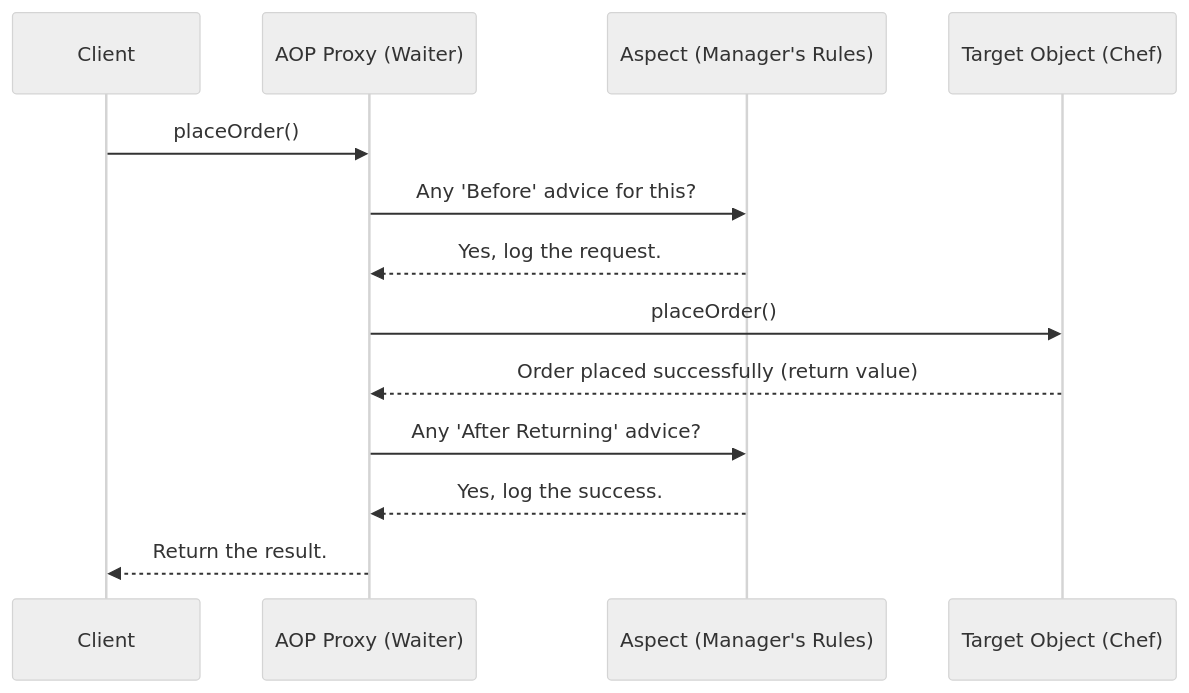
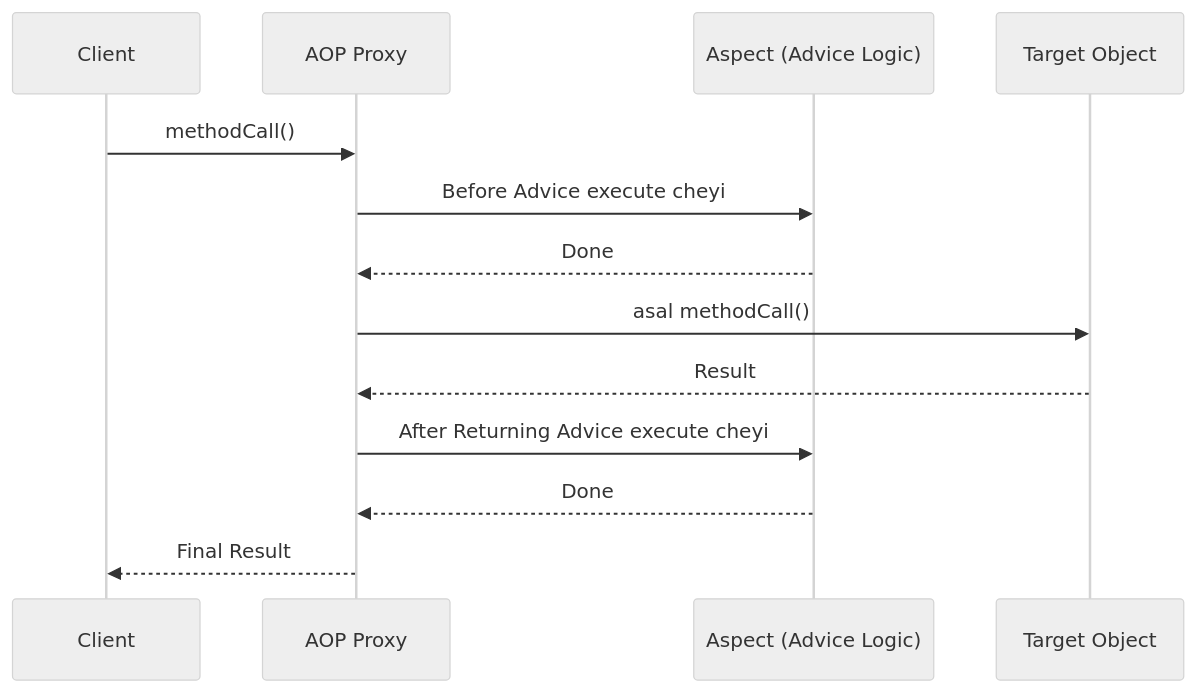
Before and after one commit to pdheeraj99/Spring-Guide: the diagram in Spring-Concepts/02-Core-Technologies/05-Aspect-Oriented-Programming/02-AOP-Concepts.md, drawn with Mermaid (neutral theme). The commit also changed other lines of this file and 7 other files, not shown here.

````diff
--- a/Spring-Concepts/02-Core-Technologies/05-Aspect-Oriented-Programming/02-AOP-Concepts.md
+++ b/Spring-Concepts/02-Core-Technologies/05-Aspect-Oriented-Programming/02-AOP-Concepts.md
@@ -71,16 +41,16 @@
 ```mermaid
 sequenceDiagram
     participant C as Client
-    participant P as AOP Proxy (Waiter)
-    participant A as Aspect (Manager's Rules)
-    participant T as Target Object (Chef)
+    participant P as AOP Proxy
+    participant A as Aspect (Advice Logic)
+    participant T as Target Object
 
-    C->>P: placeOrder()
-    P->>A: Any 'Before' advice for this?
-    A-->>P: Yes, log the request.
-    P->>T: placeOrder()
-    T-->>P: Order placed successfully (return value)
-    P->>A: Any 'After Returning' advice?
-    A-->>P: Yes, log the success.
-    P-->>C: Return the result.
+    C->>P: methodCall()
+    P->>A: Before Advice execute cheyi
+    A-->>P: Done
+    P->>T: asal methodCall()
+    T-->>P: Result
+    P->>A: After Returning Advice execute cheyi
+    A-->>P: Done
+    P-->>C: Final Result
 ```
````
